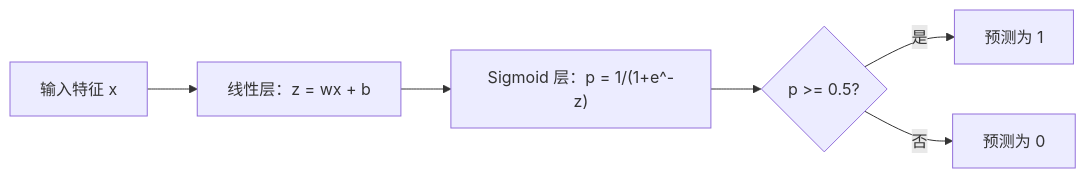
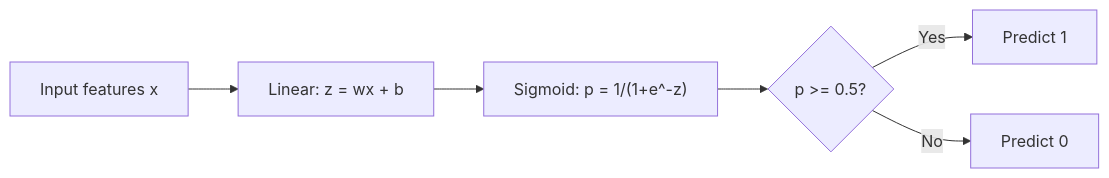
One commit to xiaojiaenen/ai-engineering-from-scratch-zh changed the first of 2 diagrams in i18n/zh/phases/02-ml-fundamentals/03-logistic-regression/docs/zh.md. Above: the diagram before and after it, drawn with Mermaid. The commit also changed other lines of this file and 18 other files, not shown here.

````diff
--- a/i18n/zh/phases/02-ml-fundamentals/03-logistic-regression/docs/zh.md
+++ b/i18n/zh/phases/02-ml-fundamentals/03-logistic-regression/docs/zh.md
@@ -64,8 +64,8 @@
 ```mermaid
 flowchart LR
-    X[输入特征 x] --> L["线性层：z = wx + b"]
-    L --> S["Sigmoid 层：p = 1/(1+e^-z)"]
+    X[Input features x] --> L["Linear: z = wx + b"]
+    L --> S["Sigmoid: p = 1/(1+e^-z)"]
     S --> D{"p >= 0.5?"}
-    D -->|是| P[预测为 1]
-    D -->|否| N[预测为 0]
+    D -->|Yes| P[Predict 1]
+    D -->|No| N[Predict 0]
 ```
````
